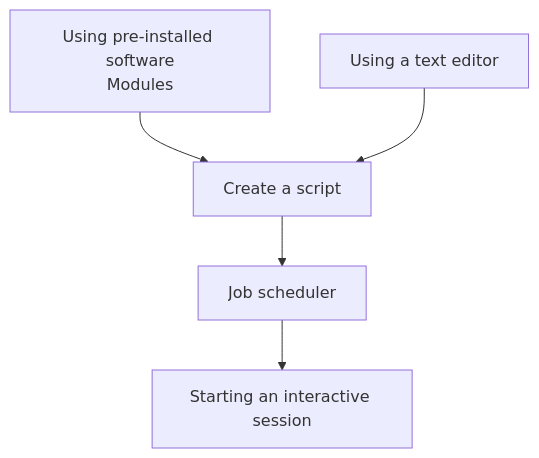
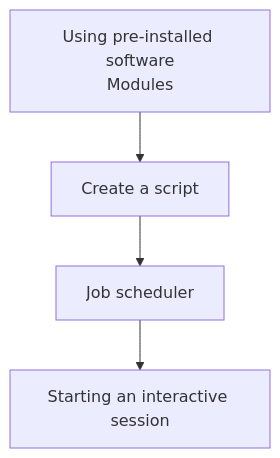
One commit to UPPMAX/uppmax_intro_day_1 changed the diagram in docs/sessions/introduction_real_work.md. Above: the diagram before and after it, drawn with Mermaid. The commit also changed other lines of this file and 2 other files, not shown here.

Commit message:
Text editor is part of other session

````diff
--- a/docs/sessions/introduction_real_work.md
+++ b/docs/sessions/introduction_real_work.md
@@ -9,13 +9,11 @@
 ```mermaid
 flowchart TD
   scripts[Create a script]
   modules[Using pre-installed software\nModules]
   interactive[Starting an interactive session]
   job_scheduler[Job scheduler]
-  text_editor[Using a text editor]
 
   scripts --> job_scheduler
   modules --> scripts
   job_scheduler --> interactive
-  text_editor --> scripts
 ```
````
